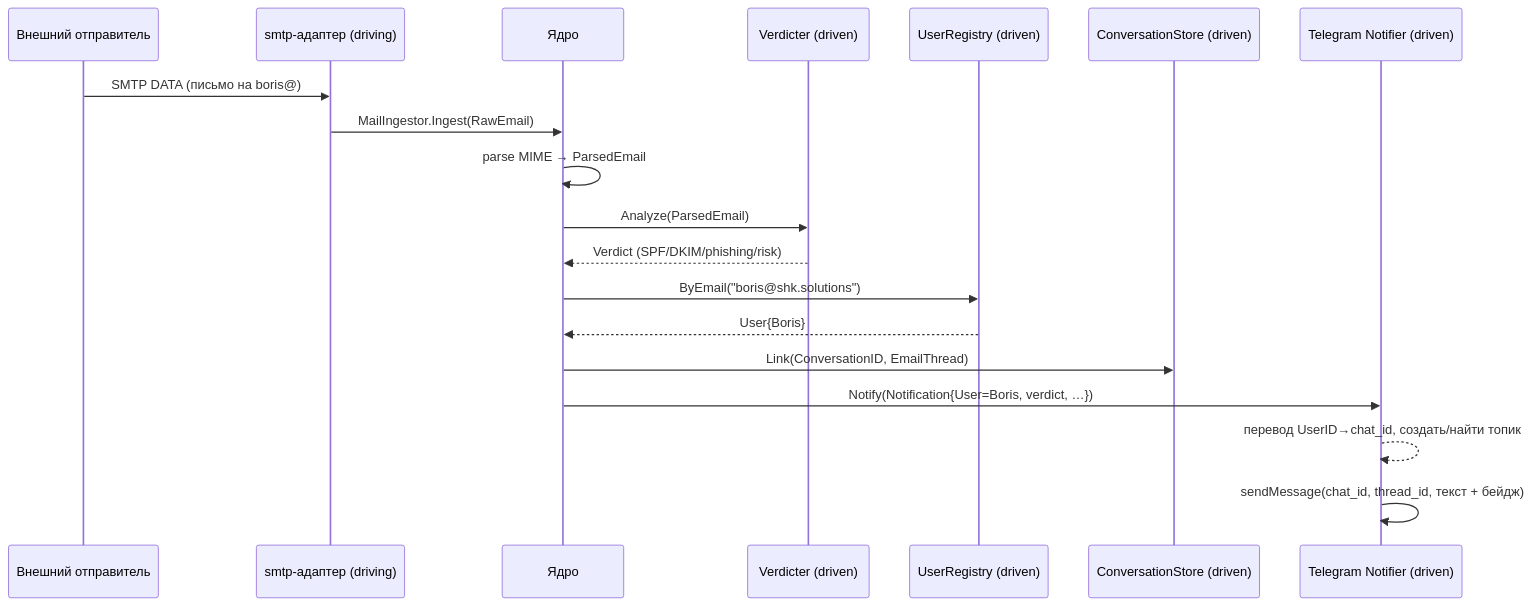
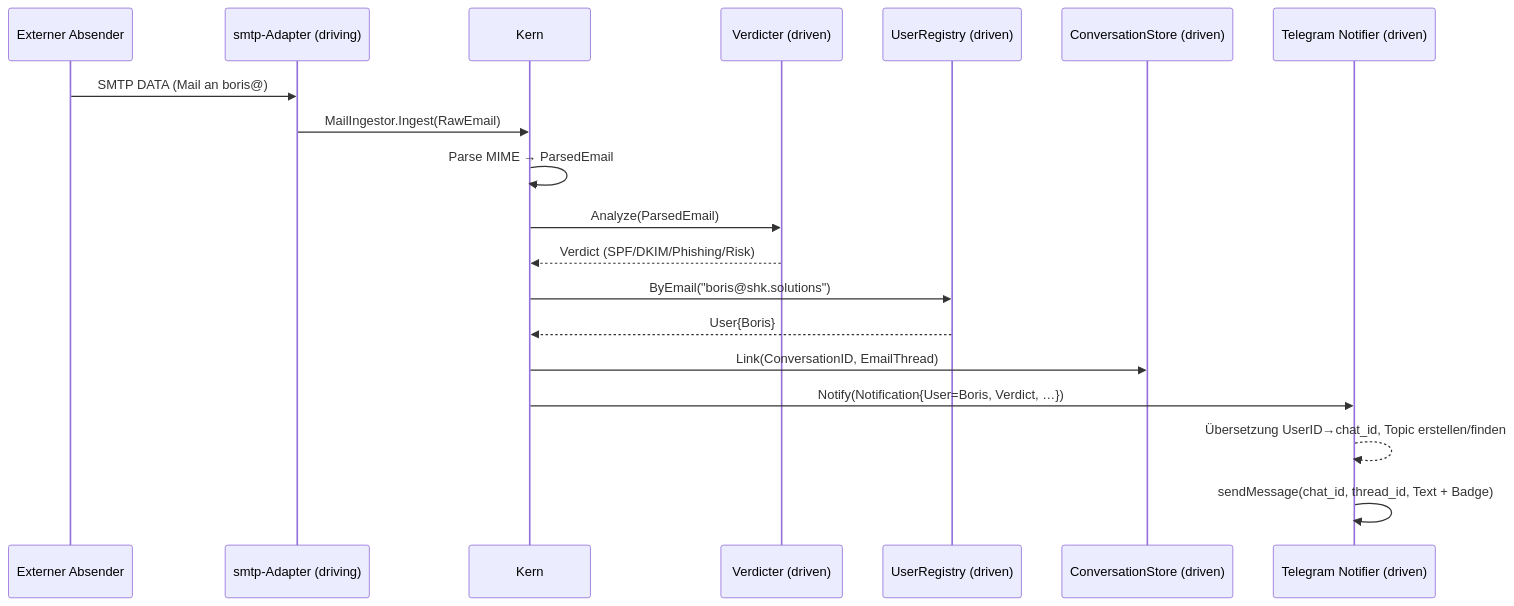
The second of 3 diagrams in docs/ARCHITECTURE.md (Alex84K/smpt_pet_proj), drawn with Mermaid before and after one commit. The commit also changed other lines of this file and 4 other files, not shown here.

````diff
--- a/docs/ARCHITECTURE.md
+++ b/docs/ARCHITECTURE.md
@@ -259,22 +269,22 @@
 ```mermaid
 sequenceDiagram
-    participant Ext as Внешний отправитель
-    participant SMTP as smtp-адаптер (driving)
-    participant Core as Ядро
+    participant Ext as Externer Absender
+    participant SMTP as smtp-Adapter (driving)
+    participant Core as Kern
     participant Verd as Verdicter (driven)
     participant Reg as UserRegistry (driven)
     participant Store as ConversationStore (driven)
     participant TG as Telegram Notifier (driven)
 
-    Ext->>SMTP: SMTP DATA (письмо на boris@)
+    Ext->>SMTP: SMTP DATA (Mail an boris@)
     SMTP->>Core: MailIngestor.Ingest(RawEmail)
-    Core->>Core: parse MIME → ParsedEmail
+    Core->>Core: Parse MIME → ParsedEmail
     Core->>Verd: Analyze(ParsedEmail)
-    Verd-->>Core: Verdict (SPF/DKIM/phishing/risk)
+    Verd-->>Core: Verdict (SPF/DKIM/Phishing/Risk)
     Core->>Reg: ByEmail("boris@shk.solutions")
     Reg-->>Core: User{Boris}
     Core->>Store: Link(ConversationID, EmailThread)
-    Core->>TG: Notify(Notification{User=Boris, verdict, …})
-    TG-->>TG: перевод UserID→chat_id, создать/найти топик
-    TG->>TG: sendMessage(chat_id, thread_id, текст + бейдж)
+    Core->>TG: Notify(Notification{User=Boris, Verdict, …})
+    TG-->>TG: Übersetzung UserID→chat_id, Topic erstellen/finden
+    TG->>TG: sendMessage(chat_id, thread_id, Text + Badge)
 ```
````
